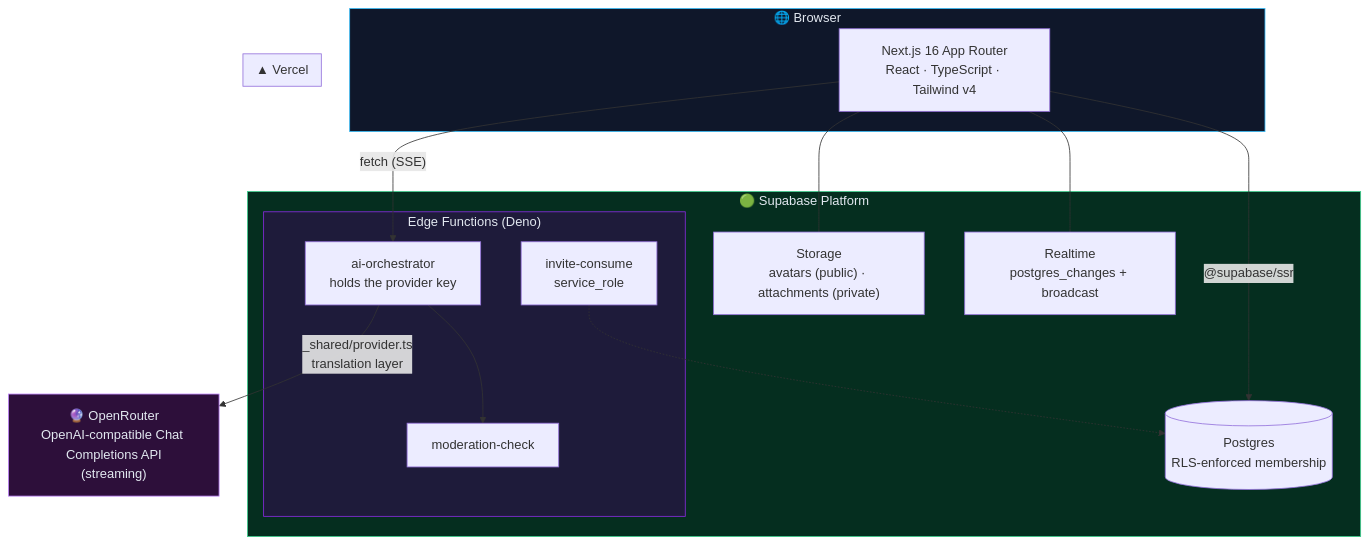
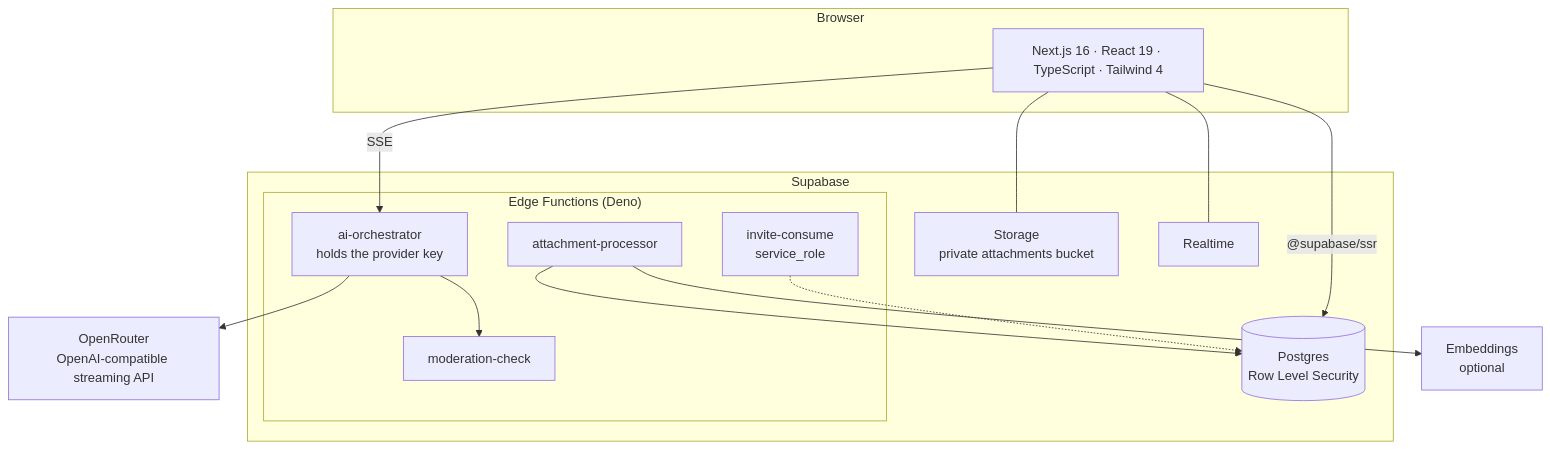
One commit to Crusty-chirayu/Confluence changed the first of 3 diagrams in README.md. Above: the diagram before and after it, drawn with Mermaid. The commit also changed other lines of this file, not shown here.

````diff
--- a/README.md
+++ b/README.md
@@ -164,37 +137,31 @@
 ```mermaid
 flowchart TB
-    subgraph Client["🌐 Browser"]
-        UI["Next.js 16 App Router\nReact · TypeScript · Tailwind v4"]
+    subgraph Client["Browser"]
+        UI["Next.js 16 · React 19 · TypeScript · Tailwind 4"]
     end
 
-    subgraph Vercel["▲ Vercel"]
-        UI
-    end
-
-    subgraph Supabase["🟢 Supabase Platform"]
-        PG[("Postgres\nRLS-enforced membership")]
-        RT["Realtime\npostgres_changes + broadcast"]
-        ST["Storage\navatars (public) · attachments (private)"]
-
+    subgraph Supabase["Supabase"]
+        PG[("Postgres<br/>Row Level Security")]
+        RT["Realtime"]
+        ST["Storage<br/>private attachments bucket"]
         subgraph Edge["Edge Functions (Deno)"]
-            AO["ai-orchestrator\nholds the provider key"]
+            AO["ai-orchestrator<br/>holds the provider key"]
+            AP["attachment-processor"]
             MC["moderation-check"]
-            IC["invite-consume\nservice_role"]
+            IC["invite-consume<br/>service_role"]
         end
     end
 
-    OR["🔮 OpenRouter\nOpenAI-compatible Chat Completions API\n(streaming)"]
+    OR["OpenRouter<br/>OpenAI-compatible streaming API"]
+    EMB["Embeddings<br/>optional"]
 
     UI -- "@supabase/ssr" --> PG
     UI --- RT
     UI --- ST
-    UI -- "fetch (SSE)" --> AO
+    UI -- "SSE" --> AO
     AO --> MC
-    AO -- "_shared/provider.ts\ntranslation layer" --> OR
+    AO --> OR
+    AP --> EMB
+    AP --> PG
     IC -.-> PG
-
-    style Client fill:#0f172a,stroke:#38bdf8,color:#e2e8f0
-    style Supabase fill:#052e1f,stroke:#3ecf8e,color:#e2e8f0
-    style Edge fill:#1e1b3a,stroke:#8a2be2,color:#e2e8f0
-    style OR fill:#2d0f3a,stroke:#c084fc,color:#e2e8f0
 ```
````
